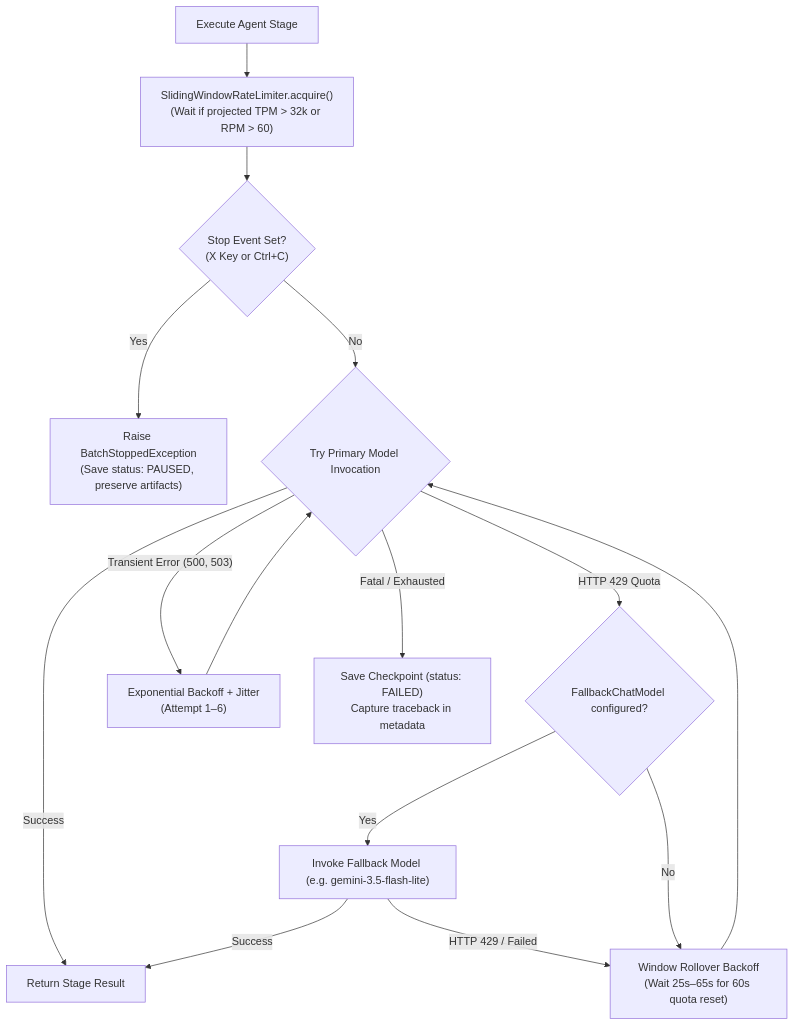
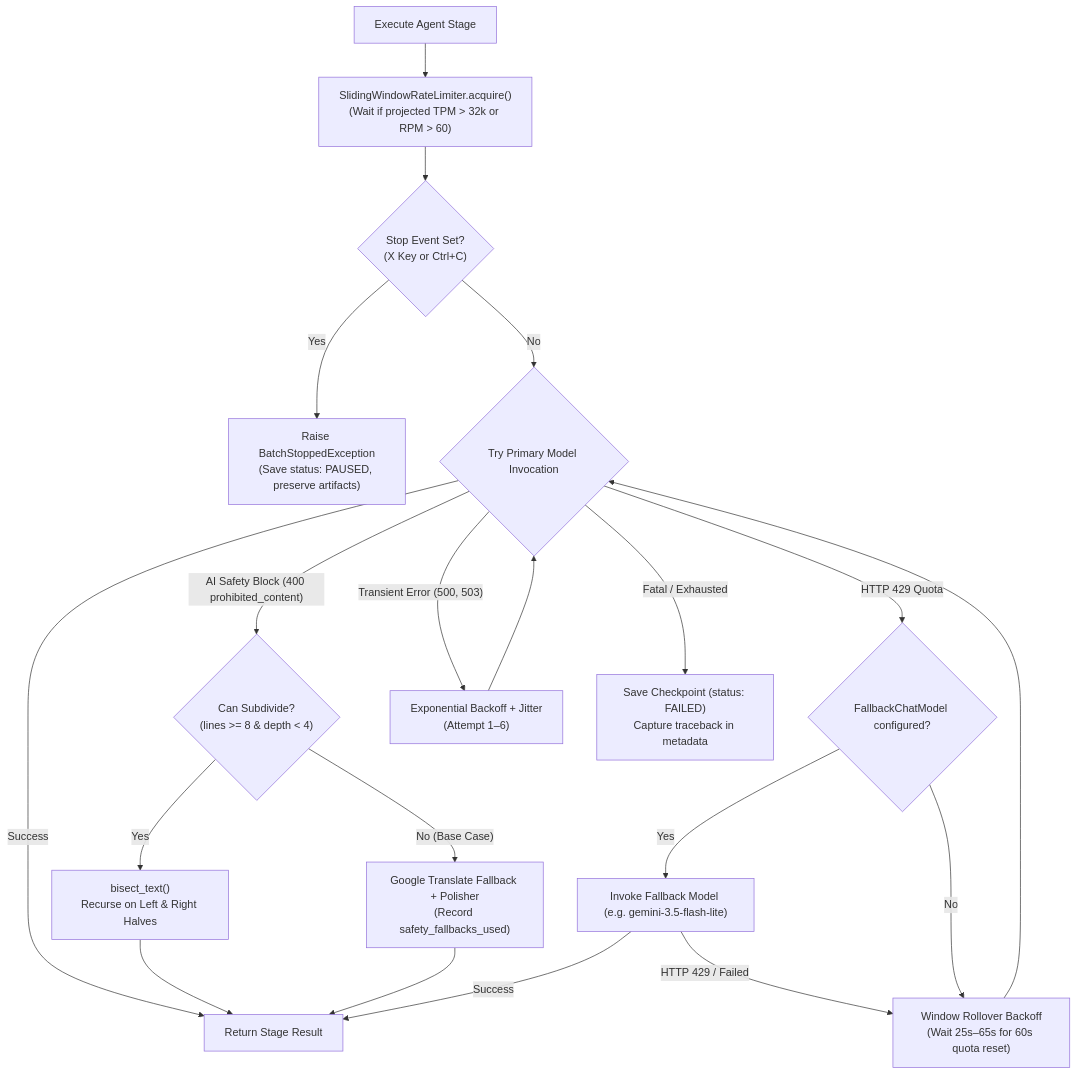
The second of 2 diagrams in doc/architecture.md (Checkmartyr/NouSetsu), drawn with Mermaid before and after one commit. The commit also changed other lines of this file and 6 other files, not shown here.

````diff
--- a/doc/architecture.md
+++ b/doc/architecture.md
@@ -157,20 +161,27 @@
 ```mermaid
 flowchart TD
     Call["Execute Agent Stage"] --> Limiter["SlidingWindowRateLimiter.acquire()<br/>(Wait if projected TPM > 32k or RPM > 60)"]
     Limiter --> CheckStop{"Stop Event Set?<br/>(X Key or Ctrl+C)"}
     CheckStop -- Yes --> RaiseStop["Raise BatchStoppedException<br/>(Save status: PAUSED, preserve artifacts)"]
     CheckStop -- No --> TryCall{"Try Primary Model Invocation"}
     
     TryCall -- Success --> Return["Return Stage Result"]
+    
+    TryCall -- "AI Safety Block (400 prohibited_content)" --> CheckSubdivide{"Can Subdivide?<br/>(lines >= 8 & depth < 4)"}
+    CheckSubdivide -- Yes --> Bisect["bisect_text()<br/>Recurse on Left & Right Halves"]
+    Bisect --> Return
+    CheckSubdivide -- No (Base Case) --> GTFallback["Google Translate Fallback + Polisher<br/>(Record safety_fallbacks_used)"]
+    GTFallback --> Return
+    
     TryCall -- HTTP 429 Quota --> Fallback{"FallbackChatModel configured?"}
     Fallback -- Yes --> TryFallback["Invoke Fallback Model (e.g. gemini-3.5-flash-lite)"]
     TryFallback -- Success --> Return
     TryFallback -- HTTP 429 / Failed --> QuotaWait["Window Rollover Backoff<br/>(Wait 25s–65s for 60s quota reset)"]
     Fallback -- No --> QuotaWait
     QuotaWait --> TryCall
     
     TryCall -- Transient Error (500, 503) --> Backoff["Exponential Backoff + Jitter<br/>(Attempt 1–6)"]
     Backoff --> TryCall
     
     TryCall -- Fatal / Exhausted --> SaveFailed["Save Checkpoint (status: FAILED)<br/>Capture traceback in metadata"]
 ```
````
